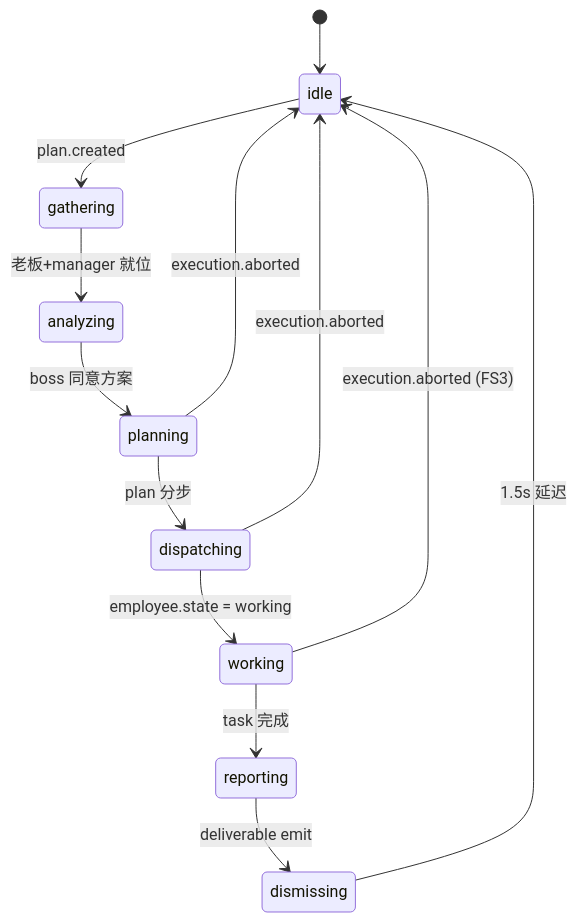
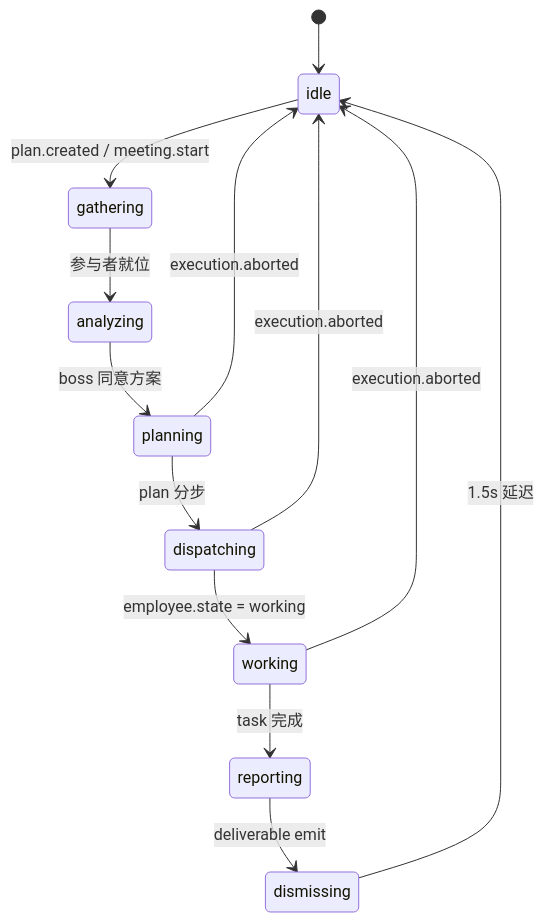
One commit to mike007jd/Offisim changed the fourth of 7 diagrams in Docs/business-logic-map.md. Above: the diagram before and after it, drawn with Mermaid. The commit also changed other lines of this file, not shown here.

````diff
--- a/Docs/business-logic-map.md
+++ b/Docs/business-logic-map.md
@@ -146,15 +168,16 @@
 ```mermaid
 stateDiagram-v2
   [*] --> idle
-  idle --> gathering : plan.created
-  gathering --> analyzing : 老板+manager 就位
+  idle --> gathering : plan.created / meeting.start
+  gathering --> analyzing : 参与者就位
   analyzing --> planning : boss 同意方案
   planning --> dispatching : plan 分步
   dispatching --> working : employee.state = working
   working --> reporting : task 完成
   reporting --> dismissing : deliverable emit
   dismissing --> idle : 1.5s 延迟
-  working --> idle : execution.aborted (FS3)
+
+  planning --> idle : execution.aborted
   dispatching --> idle : execution.aborted
-  planning --> idle : execution.aborted
+  working --> idle : execution.aborted
 ```
````
